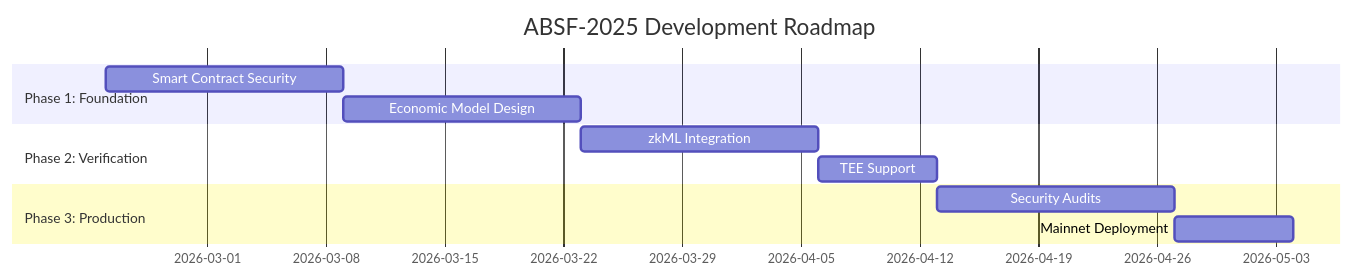
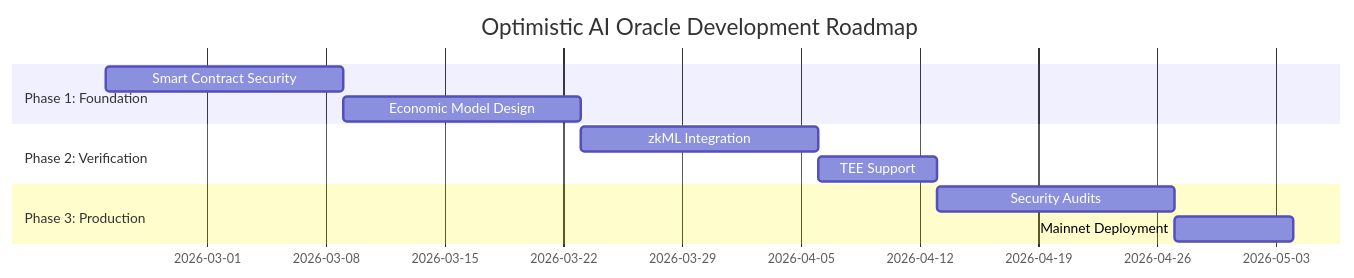
One commit to IamTamheedNazir/optimistic-ai-oracle changed the third of 3 diagrams in README.md. Above: the diagram before and after it, drawn with Mermaid. The commit also changed other lines of this file, not shown here.

Commit message:
🔄 Update repository name references to optimistic-ai-oracle

````diff
--- a/README.md
+++ b/README.md
@@ -337,14 +339,14 @@
 ```mermaid
 gantt
-    title ABSF-2025 Development Roadmap
+    title Optimistic AI Oracle Development Roadmap
     dateFormat  YYYY-MM-DD
     section Phase 1: Foundation
     Smart Contract Security     :2026-02-23, 14d
     Economic Model Design       :2026-03-09, 14d
     section Phase 2: Verification
     zkML Integration           :2026-03-23, 14d
     TEE Support                :2026-04-06, 7d
     section Phase 3: Production
     Security Audits            :2026-04-13, 14d
     Mainnet Deployment         :2026-04-27, 7d
 ```
````
